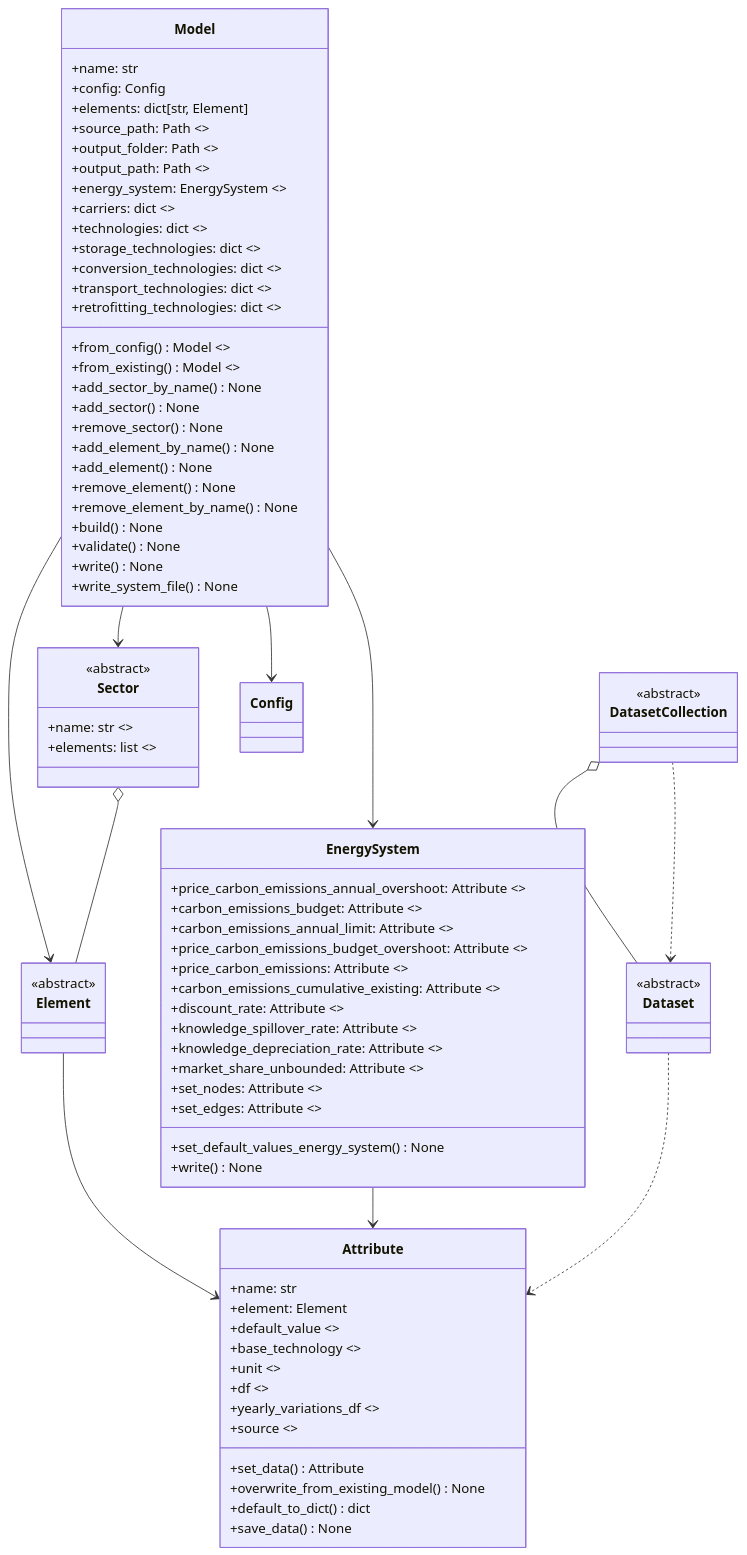
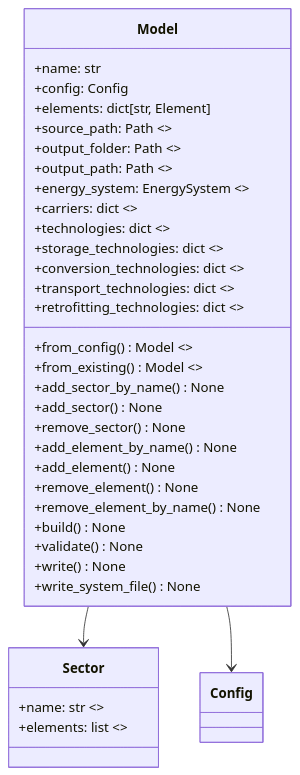
Before and after one commit to ZEN-universe/ZEN-creator: the second of 8 diagrams in docs/files/developer_guide/class_diagram.rst, drawn with Mermaid. The commit also changed other lines of this file and 1 other file, not shown here.

```diff
--- a/docs/files/developer_guide/class_diagram.rst
+++ b/docs/files/developer_guide/class_diagram.rst
@@ -43,62 +88,7 @@
            +elements: list <<property>>
        }
 
-       class Element {
-       }
+       class Config
 
-       class DatasetCollection {
-       }
-
-       class Dataset {
-       }
-
-       class Config {
-       }
-
-       class EnergySystem {
-           +price_carbon_emissions_annual_overshoot: Attribute <<property>>
-           +carbon_emissions_budget: Attribute <<property>>
-           +carbon_emissions_annual_limit: Attribute <<property>>
-           +price_carbon_emissions_budget_overshoot: Attribute <<property>>
-           +price_carbon_emissions: Attribute <<property>>
-           +carbon_emissions_cumulative_existing: Attribute <<property>>
-           +discount_rate: Attribute <<property>>
-           +knowledge_spillover_rate: Attribute <<property>>
-           +knowledge_depreciation_rate: Attribute <<property>>
-           +market_share_unbounded: Attribute <<property>>
-           +set_nodes: Attribute <<property>>
-           +set_edges: Attribute <<property>>
-           +set_default_values_energy_system() None
-           +write() None
-       }
-
-       class Attribute {
-           +name: str
-           +element: Element
-           +default_value <<property>>
-           +base_technology <<property>>
-           +unit <<property>>
-           +df <<property>>
-           +yearly_variations_df <<property>>
-           +source <<property>>
-           +set_data() Attribute
-           +overwrite_from_existing_model() None
-           +default_to_dict() dict
-           +save_data() None
-       }
-
-       <<abstract>> Sector
-       <<abstract>> Dataset
-       <<abstract>> Element
-       <<abstract>> DatasetCollection
-
-       DatasetCollection o-- Dataset
        Model --> Sector
-       Model --> Element
-       Model --> EnergySystem
        Model --> Config
-       Element --> Attribute
-       EnergySystem --> Attribute
-       Dataset ..> Attribute
-       DatasetCollection ..> Dataset
-       Sector o-- Element
```
